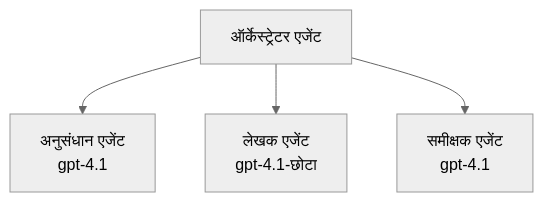
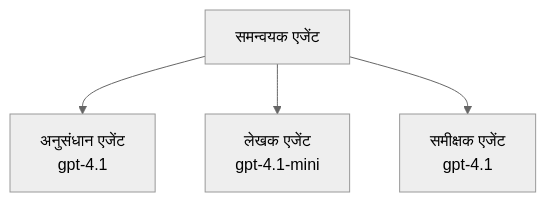
The third of 3 diagrams in translations/hi/docs/chapter-02-ai-development/agents.md (microsoft/AZD-for-beginners), drawn with Mermaid (neutral theme) before and after one commit. The commit also changed other lines of this file and 104 other files, not shown here.

````diff
--- a/translations/hi/docs/chapter-02-ai-development/agents.md
+++ b/translations/hi/docs/chapter-02-ai-development/agents.md
@@ -194,6 +201,6 @@
 ```mermaid
 graph TD
-    Orchestrator[ऑर्केस्ट्रेटर एजेंट] --> Research[अनुसंधान एजेंट<br/>gpt-4.1]
-    Orchestrator --> Writer[लेखक एजेंट<br/>gpt-4.1-छोटा]
+    Orchestrator[समन्वयक एजेंट] --> Research[अनुसंधान एजेंट<br/>gpt-4.1]
+    Orchestrator --> Writer[लेखक एजेंट<br/>gpt-4.1-mini]
     Orchestrator --> Reviewer[समीक्षक एजेंट<br/>gpt-4.1]
 ```
````
